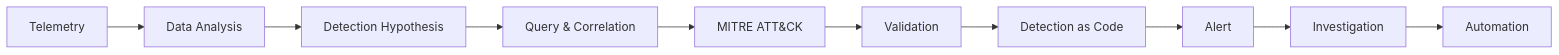
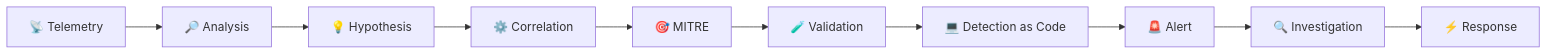
The diagram in README.md (kaxcav0trace/kaxcav0trace), drawn with Mermaid before and after one commit. The commit also changed other lines of this file, not shown here.

````diff
--- a/README.md
+++ b/README.md
@@ -282,12 +308,16 @@
 ```mermaid
 flowchart LR
-    A[Telemetry] --> B[Data Analysis]
-    B --> C[Detection Hypothesis]
-    C --> D[Query & Correlation]
-    D --> E[MITRE ATT&CK]
-    E --> F[Validation]
-    F --> G[Detection as Code]
-    G --> H[Alert]
-    H --> I[Investigation]
-    I --> J[Automation]
+
+    A["📡 Telemetry"]
+    B["🔎 Analysis"]
+    C["💡 Hypothesis"]
+    D["⚙️ Correlation"]
+    E["🎯 MITRE"]
+    F["🧪 Validation"]
+    G["💻 Detection as Code"]
+    H["🚨 Alert"]
+    I["🔍 Investigation"]
+    J["⚡ Response"]
+
+    A --> B --> C --> D --> E --> F --> G --> H --> I --> J
 ```
````
